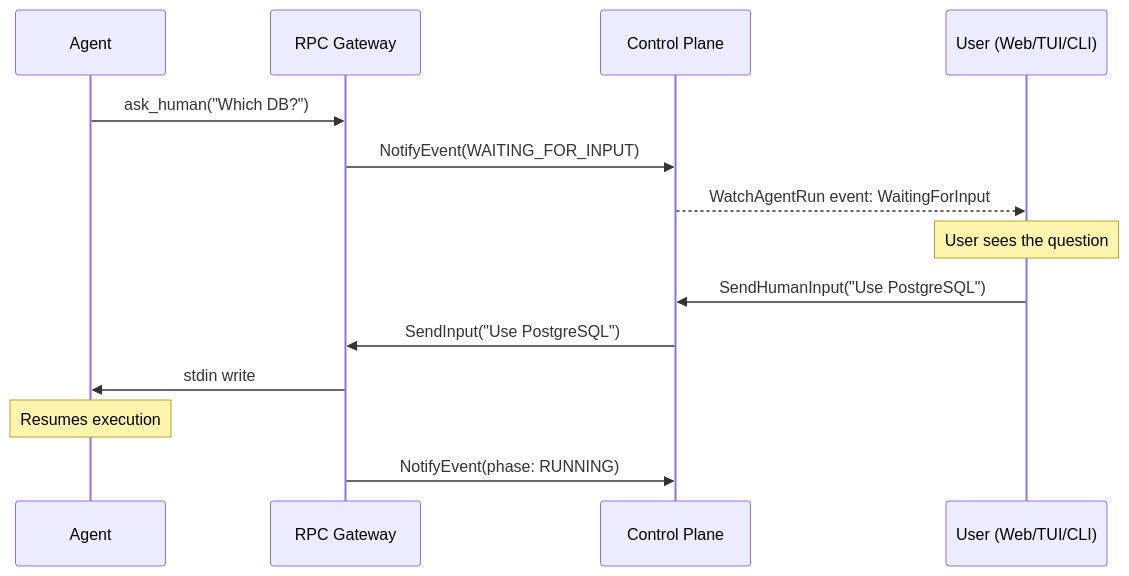
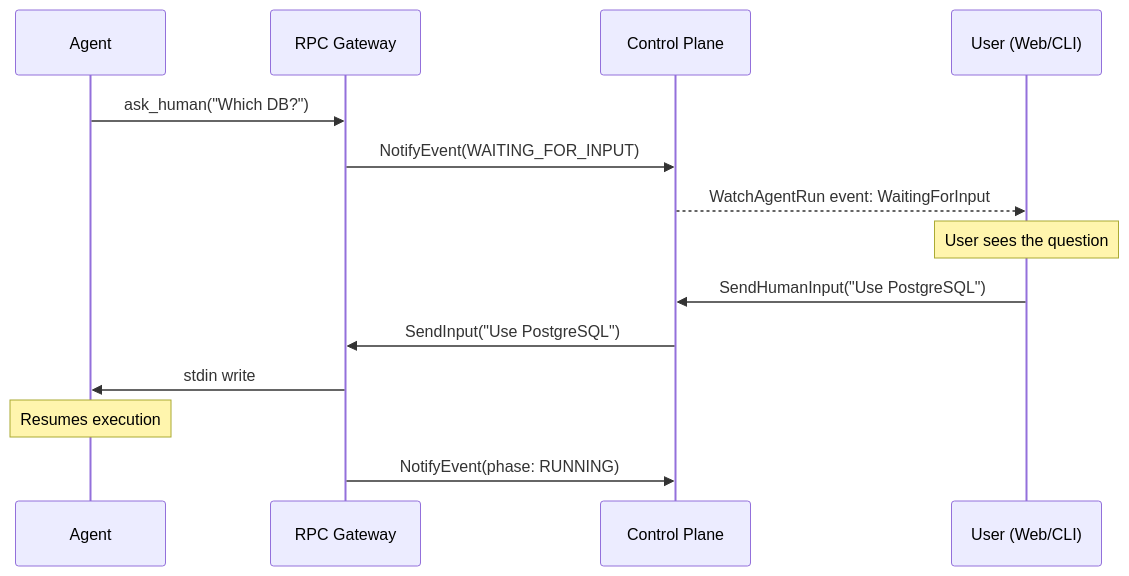
The fourth of 4 diagrams in docs/user-guide.md (ross-corp/uncworks), drawn with Mermaid before and after one commit. The commit also changed other lines of this file and 59 other files, not shown here.

````diff
--- a/docs/user-guide.md
+++ b/docs/user-guide.md
@@ -375,17 +350,17 @@
 ```mermaid
 sequenceDiagram
     participant Agent
     participant Sidecar as RPC Gateway
     participant CP as Control Plane
-    participant Client as User (Web/TUI/CLI)
+    participant Client as User (Web/CLI)
 
     Agent->>Sidecar: ask_human("Which DB?")
     Sidecar->>CP: NotifyEvent(WAITING_FOR_INPUT)
     CP-->>Client: WatchAgentRun event: WaitingForInput
     Note over Client: User sees the question
     Client->>CP: SendHumanInput("Use PostgreSQL")
     CP->>Sidecar: SendInput("Use PostgreSQL")
     Sidecar->>Agent: stdin write
     Note over Agent: Resumes execution
     Sidecar->>CP: NotifyEvent(phase: RUNNING)
 ```
````
